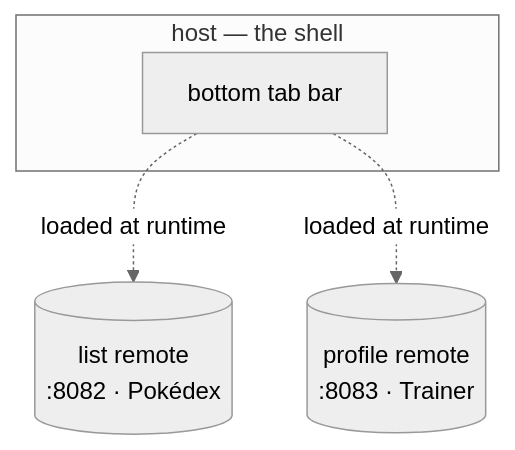
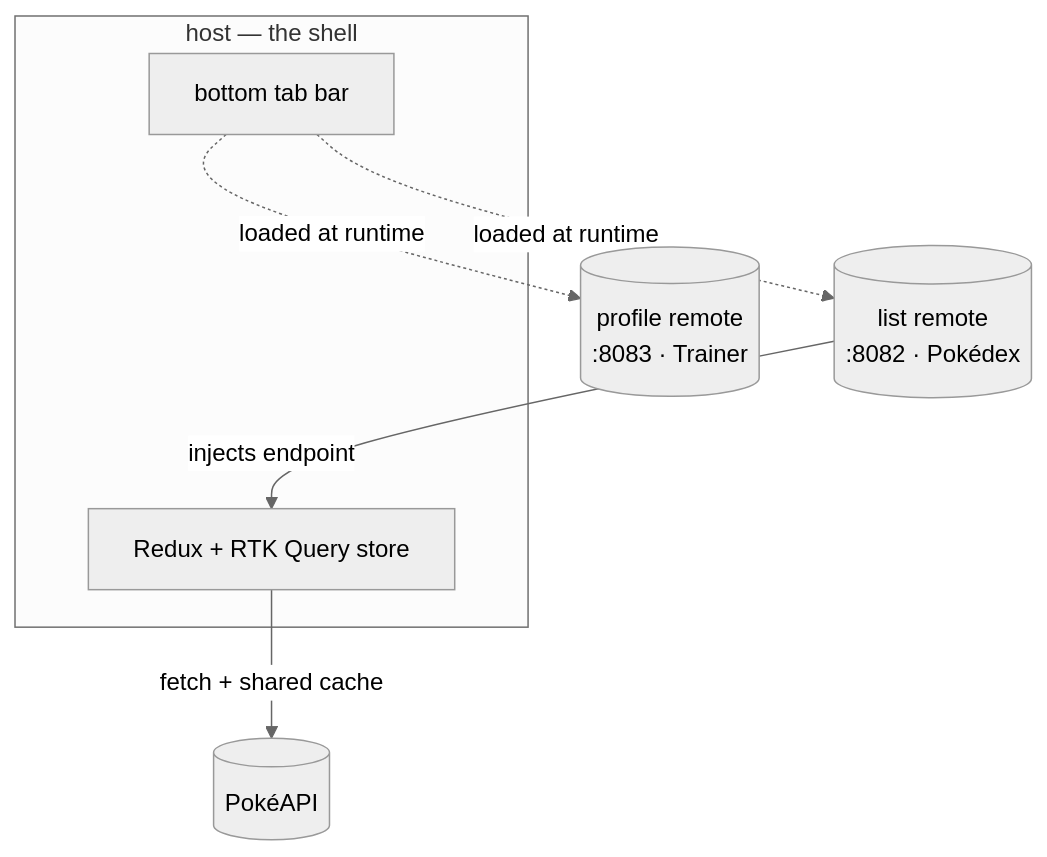
Before and after one commit to warrendeleon/react-native-module-federation: the diagram in README.md, drawn with Mermaid (neutral theme). The commit also changed other lines of this file and 15 other files, not shown here.

First line of the commit message:
✨ feat: one shared RTK Query store across remotes with live PokéAPI data

````diff
--- a/README.md
+++ b/README.md
@@ -26,10 +27,14 @@
 ```mermaid
 flowchart TB
     subgraph host["host — the shell"]
         tabs["bottom tab bar"]
+        store["Redux + RTK Query store"]
     end
     list[("list remote<br/>:8082 · Pokédex")]
     profile[("profile remote<br/>:8083 · Trainer")]
+    pokeapi[("PokéAPI")]
     tabs -.->|"loaded at runtime"| list
     tabs -.->|"loaded at runtime"| profile
+    list -->|"injects endpoint"| store
+    store -->|"fetch + shared cache"| pokeapi
 ```
````
